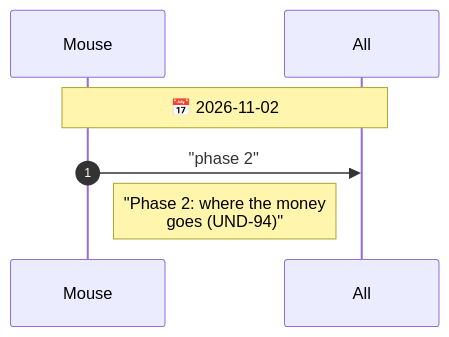
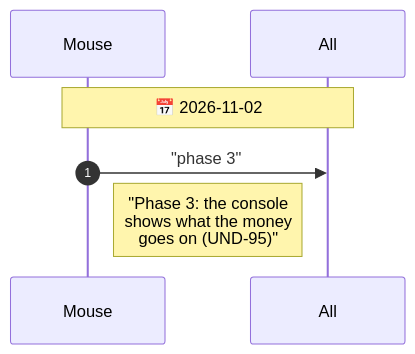
Diagram 11 of 11 in agents/CHAT.diagram.md (drusifer/understudy), drawn with Mermaid before and after one commit. The commit also changed other lines of this file and 10 other files, not shown here.

First line of the commit message:
Phase 2: where the money goes (UND-94)

````diff
--- a/agents/CHAT.diagram.md
+++ b/agents/CHAT.diagram.md
@@ -520,10 +553,10 @@
 ```mermaid
 %%{init: {"sequence": {"messageFontSize": 14, "noteFontSize": 18, "actorFontSize": 14}}}%%
 sequenceDiagram
     autonumber
     participant Mouse
     participant All
     Note over Mouse,All: 📅 2026-11-02
-    Mouse->>All: "phase 2"
-    Note right of Mouse: "Phase 2: where the money<br/>goes (UND-94)"
+    Mouse->>All: "phase 3"
+    Note right of Mouse: "Phase 3: the console<br/>shows what the money<br/>goes on (UND-95)"
 ```
````
